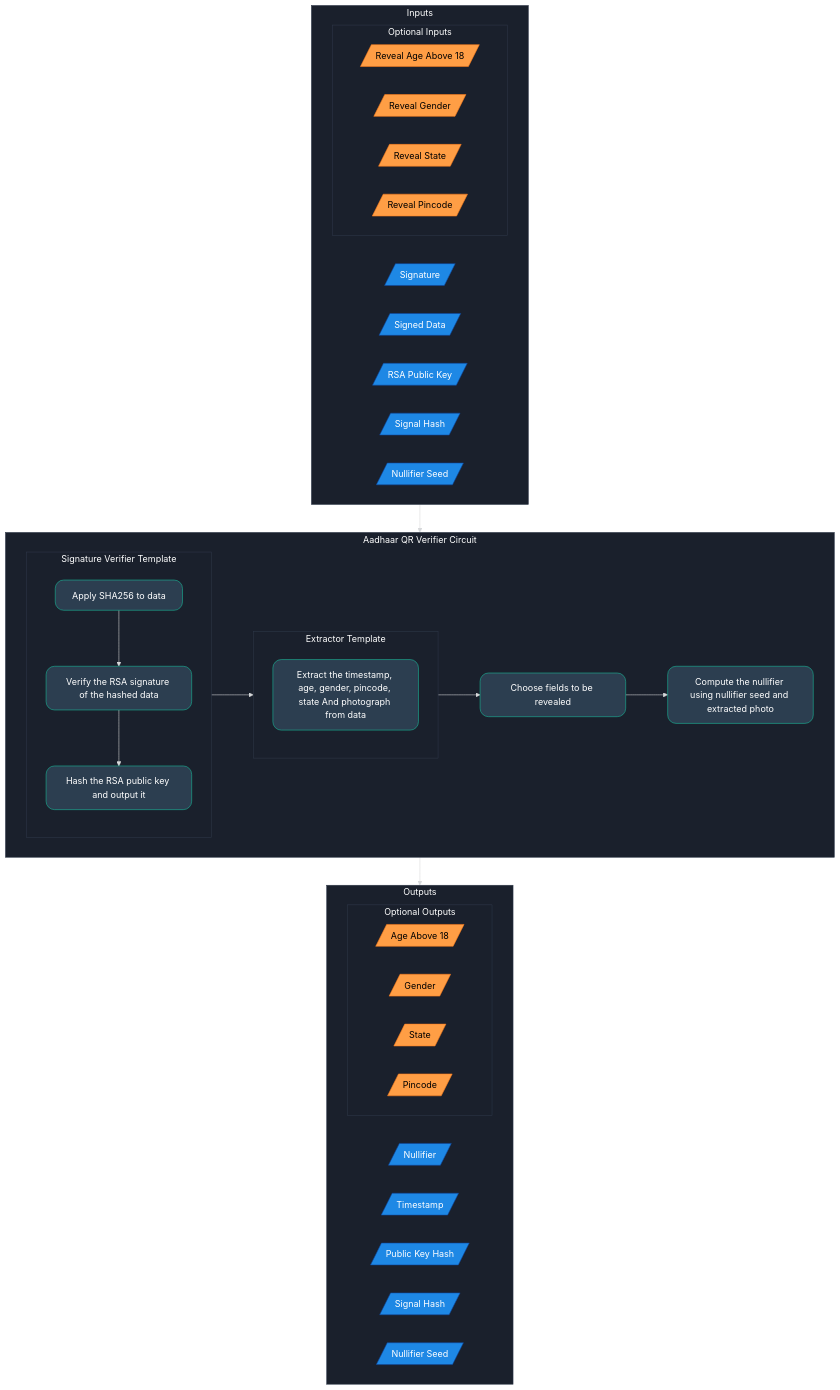
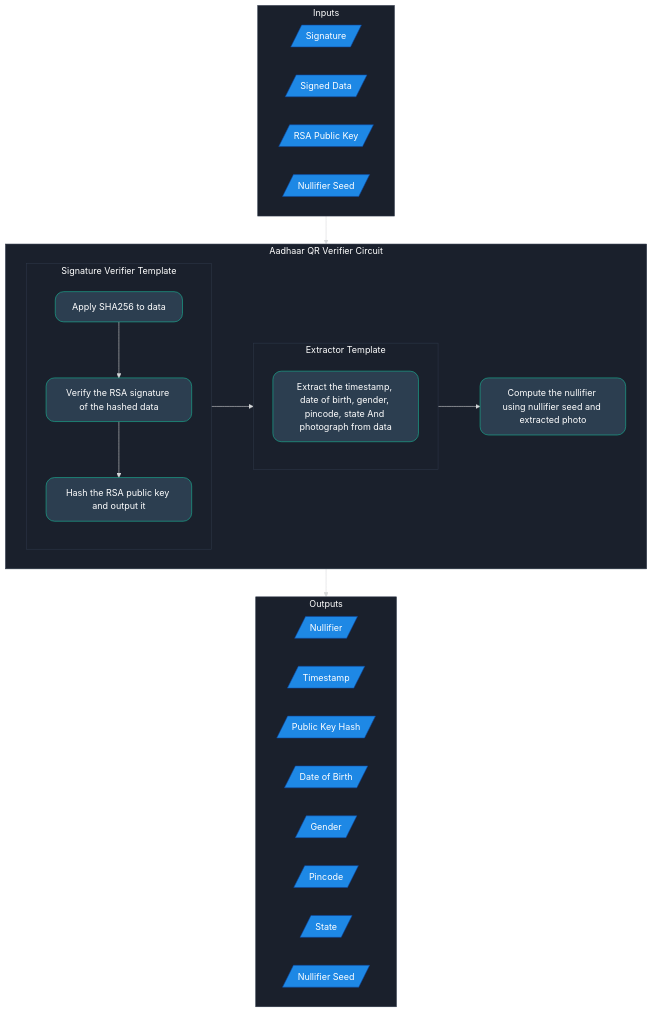
One commit to mina-builders-team/anon-aadhaar-o1js changed the second of 2 diagrams in README.md. Above: the diagram before and after it, drawn with Mermaid. The commit also changed other lines of this file, not shown here.

````diff
--- a/README.md
+++ b/README.md
@@ -105,71 +99,57 @@
 ```mermaid
 flowchart TD
     %% Main sections
     Inputs["Inputs"] --> AadhaarVerifier["Aadhaar QR Verifier Circuit"]
     AadhaarVerifier["Aadhaar QR Verifier Circuit"] --> Outputs["Outputs"]
     
     %% Input section contents
     subgraph Inputs
-        subgraph OptParams["Optional Inputs"]
-            direction LR
-            revealAgeAbove18[/"Reveal Age Above 18"/]
-            revealGender[/"Reveal Gender"/]
-            revealState[/"Reveal State"/]
-            revealPincode[/"Reveal Pincode"/]
-        end
-        
+
         Signature[/"Signature"/]
         SignedData[/"Signed Data"/]
         RSAPublicKey[/"RSA Public Key"/]
-        signalHash[/"Signal Hash"/]
         nullifierSeed[/"Nullifier Seed"/]
     end
     
     %% Aadhaar Verifier Circuit contents
     subgraph AadhaarVerifier["Aadhaar QR Verifier Circuit"]
         subgraph SignatureVerifierTemplate["Signature Verifier Template"]
             ApplySHA256["Apply SHA256 to data"] --> VerifyRSA1["Verify the RSA signature of the hashed data"]
             VerifyRSA1 --> VerifyRSA2["Hash the RSA public key and output it"]
         end
         
         subgraph ExtractorTemplate["Extractor Template"]
 		        direction TB
-            ExtractFields["Extract the timestamp, age, gender, pincode, state And photograph from data"]
+            ExtractFields["Extract the timestamp, date of birth, gender, pincode, state And photograph from data"]
         end
 
         SignatureVerifierTemplate --> ExtractorTemplate 
 
-        ExtractorTemplate --> anonNode["Choose Fields To Be Revealed"]
-        anonNode["Choose fields to be revealed"] --> anonNode2["Compute the nullifier using nullifier seed and extracted photo"]
+        ExtractorTemplate --> anonNode2["Compute the nullifier using nullifier seed and extracted photo"]
     end
     
     %% Output section contents
     subgraph Outputs
-        subgraph OptOutputs["Optional Outputs"]
-            direction LR
-            AgeAbove18[/"Age Above 18"/]
-            Gender[/"Gender"/]
-            State[/"State"/]
-            Pincode[/"Pincode"/]
-        end
         
         Nullifier[/"Nullifier"/]
         Timestamp[/"Timestamp"/]
         pubKeyHash[/"Public Key Hash"/]
-        signalHash2[/"Signal Hash"/]
+        dob[/"Date of Birth"/]
+        gen[/"Gender"/]
+        pinc[/"Pincode"/]
+        stat[/"State"/]
         nullifierSeed2[/"Nullifier Seed"/]
     end
 
     %% Dark mode friendly styles
     classDef orangeNode fill:#FF9E45,stroke:#FF7D1A,color:#000000
     classDef blueNode fill:#1E88E5,stroke:#0D47A1,color:#FFFFFF
     classDef roundedNode rx:15,ry:15,fill:#2C3E50,stroke:#1ABC9C,color:#FFFFFF
     classDef subgraphStyle fill:#1A202C,stroke:#2D3748,color:#FFFFFF
     linkStyle default stroke:#d7d8da, color:#d7d8da
     %% Apply styles
-    class revealAgeAbove18,revealGender,revealState,revealPincode,AgeAbove18,Gender,State,Pincode orangeNode
-    class Signature,SignedData,RSAPublicKey,signalHash,nullifierSeed,Nullifier,Timestamp,pubKeyHash,signalHash2,nullifierSeed2 blueNode
+    class AgeAbove18,Gender,State,Pincode orangeNode
+    class Signature,SignedData,RSAPublicKey,signalHash,nullifierSeed,Nullifier,Timestamp,pubKeyHash,dob,stat,pinc,gen,nullifierSeed2 blueNode
     class ExtractFields,ApplySHA256,VerifyRSA1,VerifyRSA2,VerifyRSA3,VerifyRSA4,anonNode,anonNode2 roundedNode
     class Inputs,Outputs,AadhaarVerifier,SignatureVerifierTemplate,ExtractorTemplate,OptParams,OptOutputs subgraphStyle
-
 ```
````
